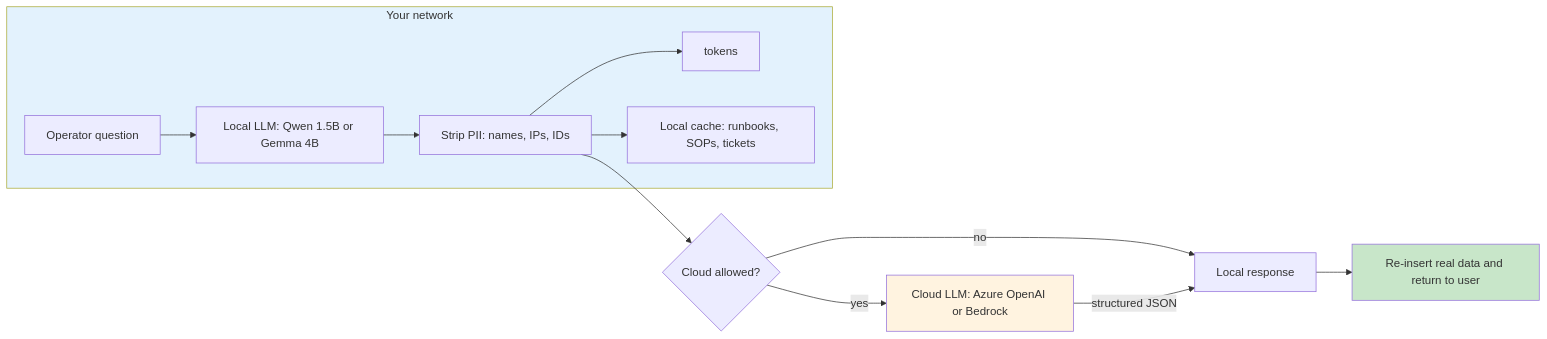
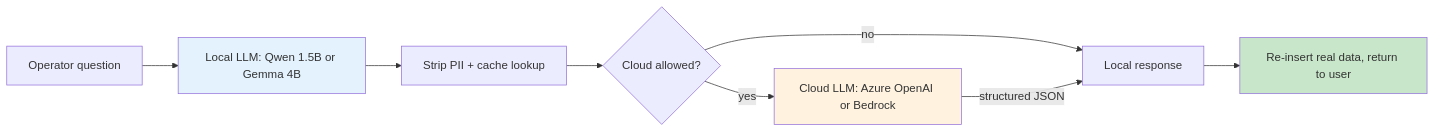
One commit to aiwithr/ai_llm changed the diagram in docs/index.md. Above: the diagram before and after it, drawn with Mermaid. The commit also changed other lines of this file and 1 other file, not shown here.

````diff
--- a/docs/index.md
+++ b/docs/index.md
@@ -31,18 +38,13 @@
 ```mermaid
 flowchart LR
-    subgraph local_net[Your network]
-        U[Operator question] --> L[Local LLM: Qwen 1.5B or Gemma 4B]
-        L --> S[Strip PII: names, IPs, IDs]
-        S --> T[tokens]
-        S --> C[Local cache: runbooks, SOPs, tickets]
-    end
+    U[Operator question] --> L[Local LLM: Qwen 1.5B or Gemma 4B]
+    L --> S[Strip PII + cache lookup]
     S --> X{Cloud allowed?}
     X -- no --> R[Local response]
     X -- yes --> A[Cloud LLM: Azure OpenAI or Bedrock]
     A -- structured JSON --> R
-    R --> V[Re-insert real data and return to user]
-
-    style local_net fill:#e3f2fd
+    R --> V[Re-insert real data, return to user]
+    style L fill:#e3f2fd
     style A fill:#fff3e0
     style V fill:#c8e6c9
 ```
````
